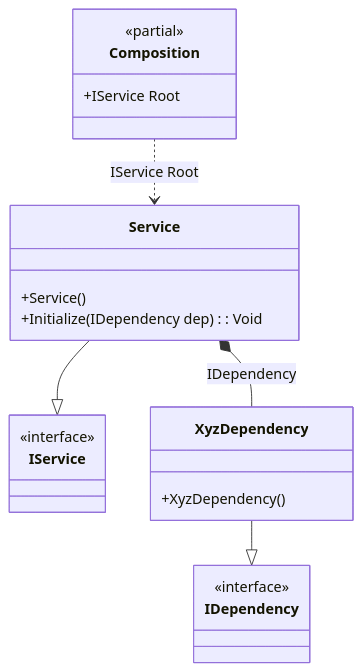
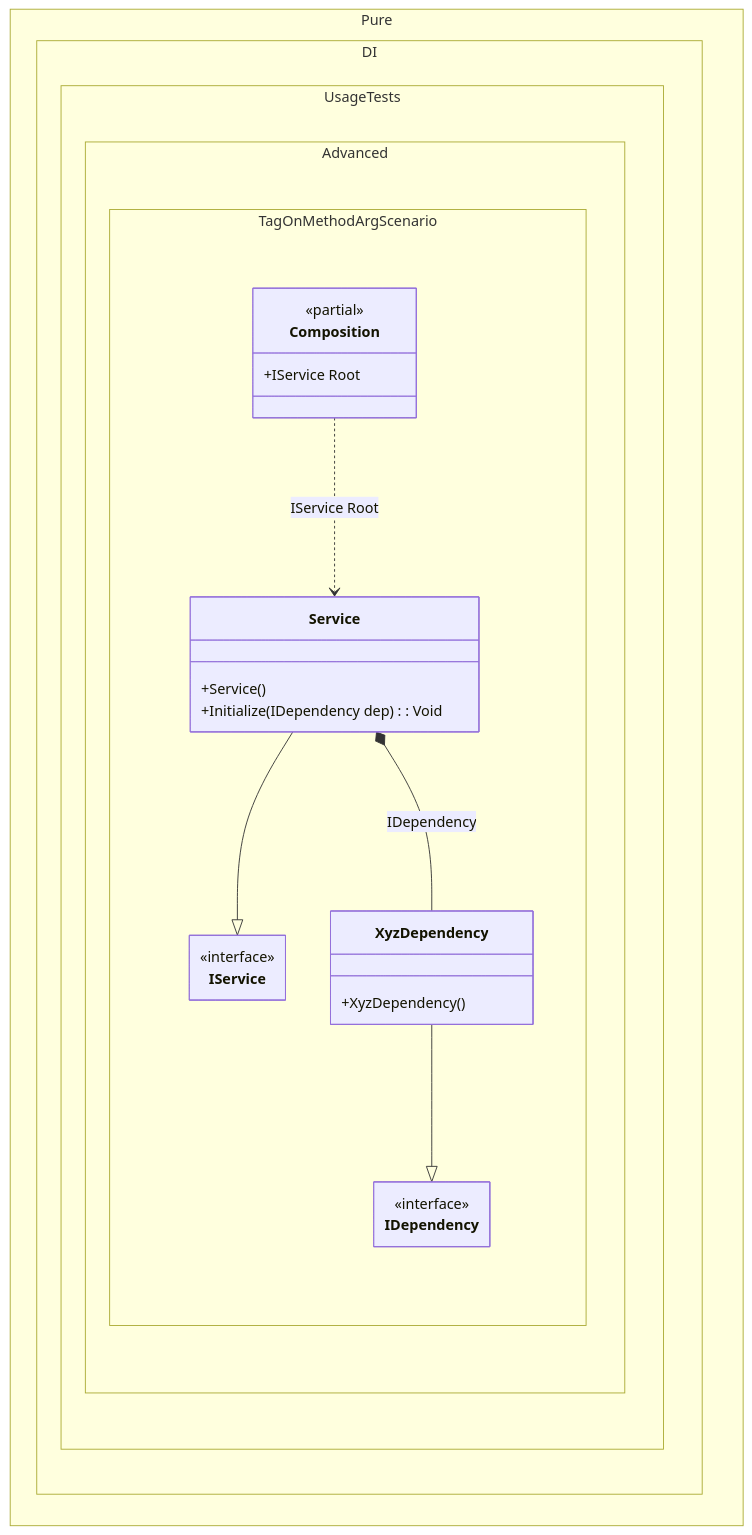
One commit to DevTeam/Pure.DI changed the diagram in readme/tag-on-a-method-argument.md. Above: the diagram before and after it, drawn with Mermaid. The commit also changed 103 other files, not shown here.

Commit message:
Improved class diagrams

````diff
--- a/readme/tag-on-a-method-argument.md
+++ b/readme/tag-on-a-method-argument.md
@@ -82,24 +82,31 @@
 ```mermaid
+---
+ config:
+  class:
+   hideEmptyMembersBox: true
+---
 classDiagram
-	class Composition {
+	Service --|> IService
+	XyzDependency --|> IDependency
+	Composition ..> Service : IService Root
+	Service *--  XyzDependency : IDependency
+	namespace Pure.DI.UsageTests.Advanced.TagOnMethodArgScenario {
+		class Composition {
 		<<partial>>
 		+IService Root
+		}
+		class IDependency {
+			<<interface>>
+		}
+		class IService {
+			<<interface>>
+		}
+		class Service {
+			+Service()
+			+Initialize(IDependency dep) : Void
+		}
+		class XyzDependency {
+			+XyzDependency()
+		}
 	}
-	Service --|> IService
-	class Service {
-		+Service()
-		+Initialize(IDependency dep) : Void
-	}
-	XyzDependency --|> IDependency
-	class XyzDependency {
-		+XyzDependency()
-	}
-	class IService {
-		<<interface>>
-	}
-	class IDependency {
-		<<interface>>
-	}
-	Composition ..> Service : IService Root
-	Service *--  XyzDependency : IDependency
 ```
````
